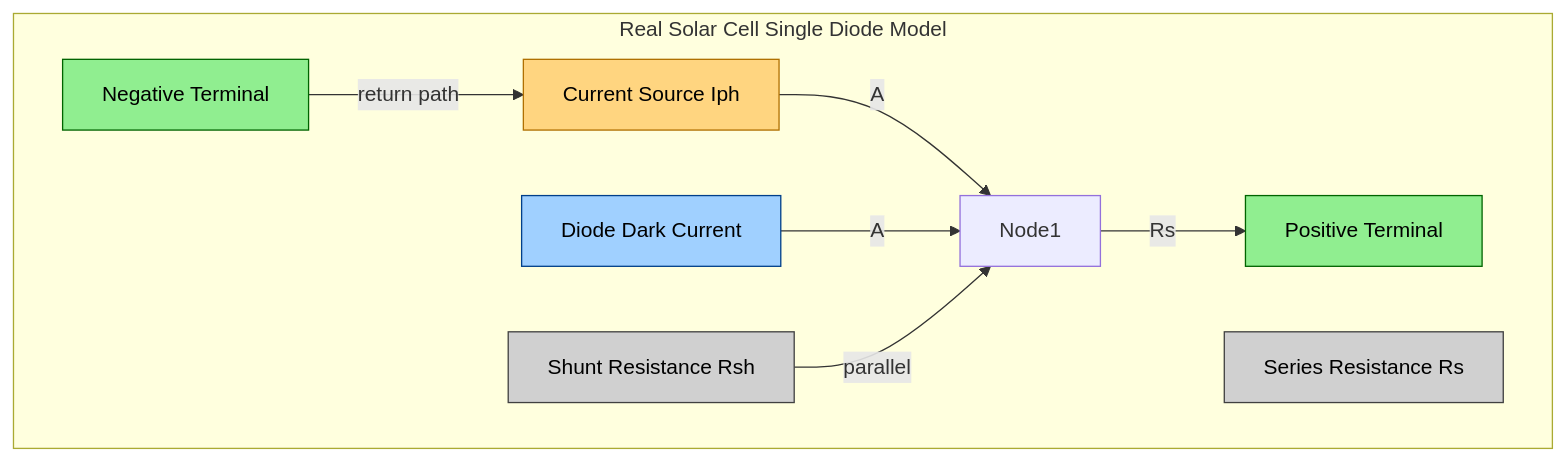
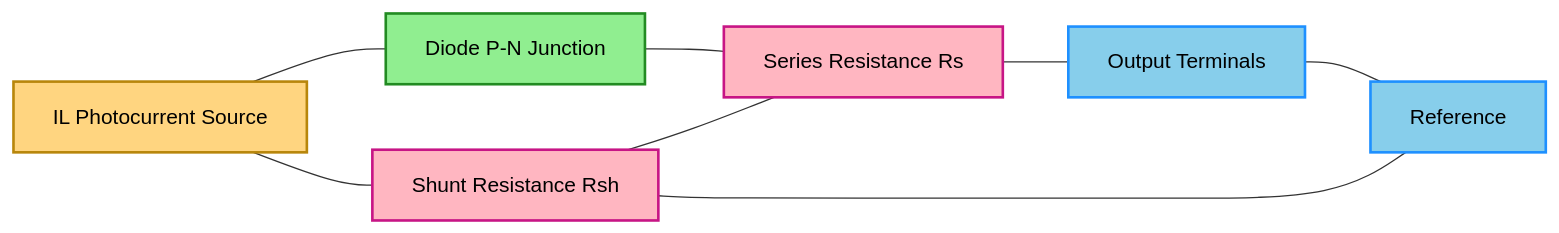
The first of 4 diagrams in public/notes/computer-science-and-engineering/semester-1/gapht121-physics-for-information-science/04-module-4-semiconductor-devices/solar-cells-iv-characteristics-efficiency-stringing-of-solar-cells-to-solar-panel/notes.md (vishnuu-kr/ktunode), drawn with Mermaid before and after one commit. The commit also changed other lines of this file and 4829 other files, not shown here.

````diff
--- a/public/notes/computer-science-and-engineering/semester-1/gapht121-physics-for-information-science/04-module-4-semiconductor-devices/solar-cells-iv-characteristics-efficiency-stringing-of-solar-cells-to-solar-panel/notes.md
+++ b/public/notes/computer-science-and-engineering/semester-1/gapht121-physics-for-information-science/04-module-4-semiconductor-devices/solar-cells-iv-characteristics-efficiency-stringing-of-solar-cells-to-solar-panel/notes.md
@@ -426,20 +356,22 @@
 ```mermaid
-flowchart TB
-    subgraph RealSolarCell["Real Solar Cell Single Diode Model"]
-        Iph[Current Source Iph]:::source
-        D[Diode Dark Current]:::diode
-        Rsh[Shunt Resistance Rsh]:::res
-        Rs[Series Resistance Rs]:::res
-        TermP[Positive Terminal]:::term
-        TermN[Negative Terminal]:::term
-        Iph -- A --> Node1
-        D -- A --> Node1
-        Rsh -- parallel --> Node1
-        Node1 -- Rs --> TermP
-        TermN -- return path --> Iph
-    end
-    classDef source fill:#FFD580,stroke:#B07000,color:#000
-    classDef diode  fill:#A0D0FF,stroke:#003F8A,color:#000
-    classDef res    fill:#D0D0D0,stroke:#404040,color:#000
-    classDef term   fill:#90EE90,stroke:#006400,color:#000
+flowchart LR
+    IL[IL Photocurrent Source]:::source
+    D[Diode P-N Junction]:::diode
+    RS[Series Resistance Rs]:::r
+    RSH[Shunt Resistance Rsh]:::r
+    OUT[Output Terminals]:::term
+    GND[Reference]:::term
+
+    IL --- D
+    D --- RS
+    RS --- OUT
+    IL --- RSH
+    RSH --- RS
+    RSH --- GND
+    OUT --- GND
+
+    classDef source fill:#FFD580,stroke:#B8860B,stroke-width:2px,color:#000
+    classDef diode fill:#90EE90,stroke:#228B22,stroke-width:2px,color:#000
+    classDef r fill:#FFB6C1,stroke:#C71585,stroke-width:2px,color:#000
+    classDef term fill:#87CEEB,stroke:#1E90FF,stroke-width:2px,color:#000
 ```
````
